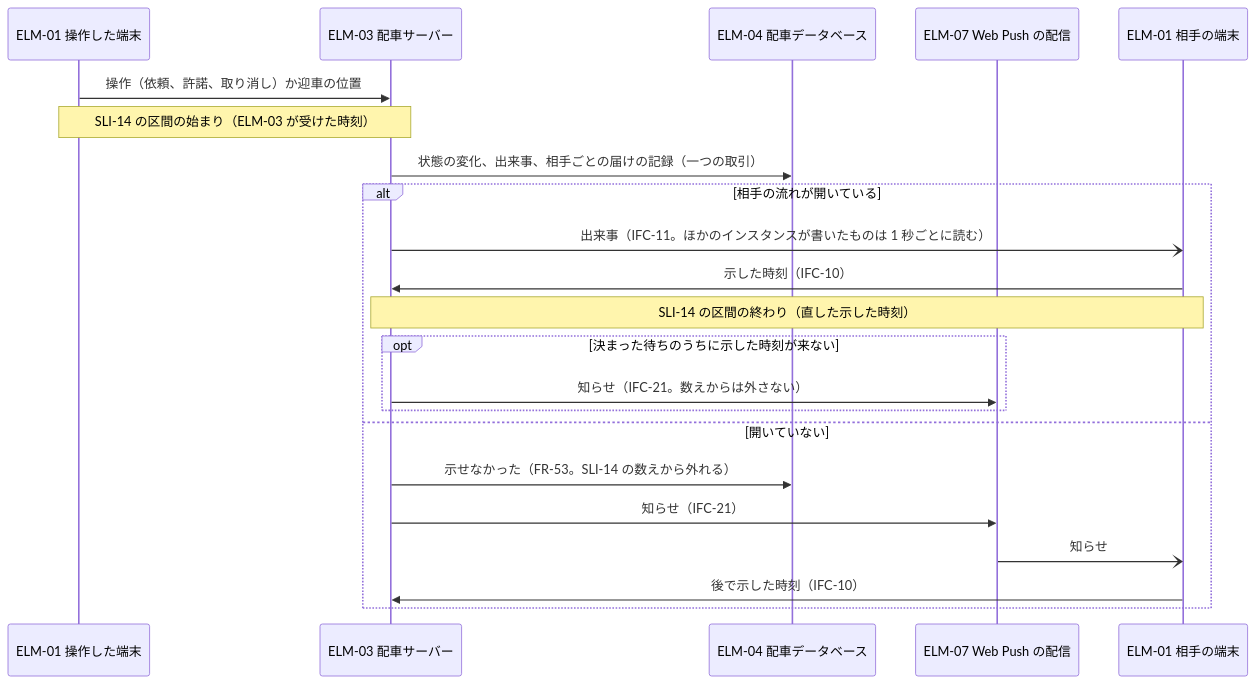
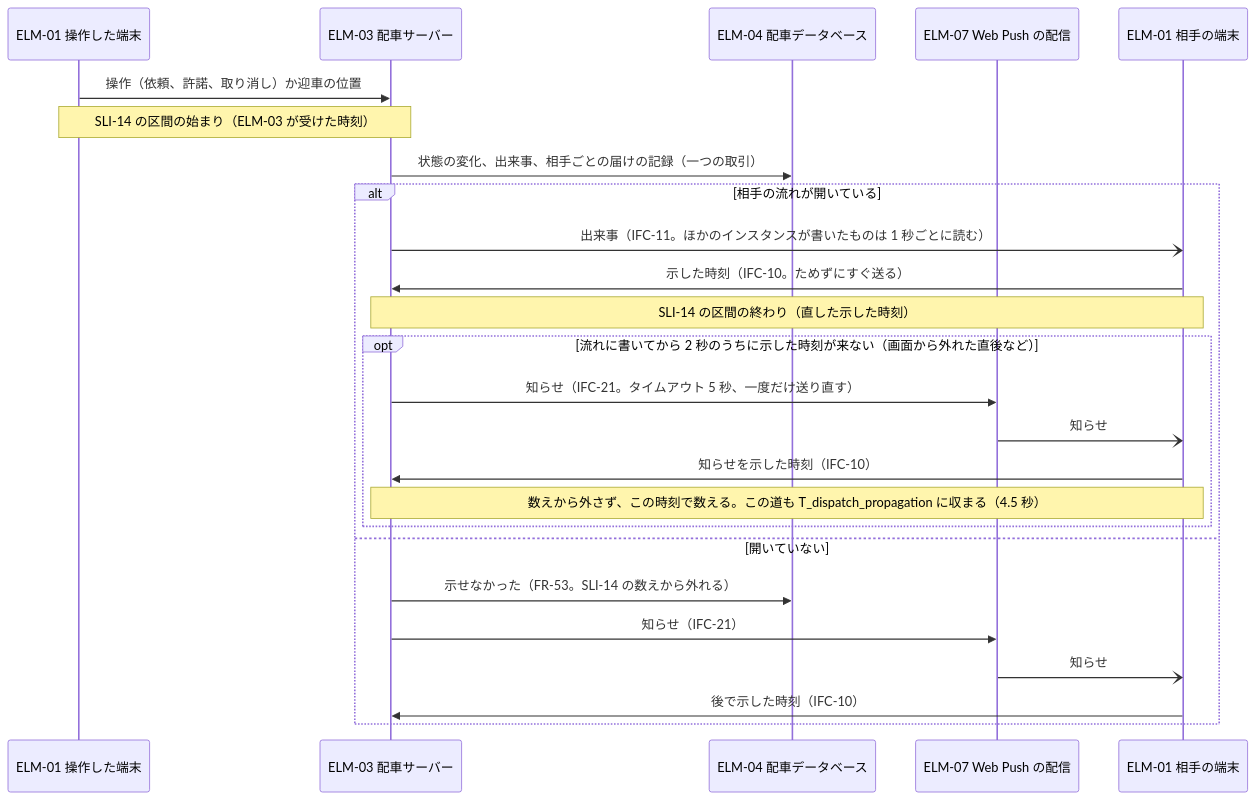
Diagram 26 of 57 in docs/design/3-high-level-design.md (Taro000/ride-hailing-app-demo), drawn with Mermaid before and after one commit. The commit also changed other lines of this file and 51 other files, not shown here.

````diff
--- a/docs/design/3-high-level-design.md
+++ b/docs/design/3-high-level-design.md
@@ -829,24 +944,27 @@
 ```mermaid
 sequenceDiagram
   participant A as ELM-01 操作した端末
   participant S as ELM-03 配車サーバー
   participant DB as ELM-04 配車データベース
   participant WP as ELM-07 Web Push の配信
   participant B as ELM-01 相手の端末
   A->>S: 操作（依頼、許諾、取り消し）か迎車の位置
   Note over A,S: SLI-14 の区間の始まり（ELM-03 が受けた時刻）
   S->>DB: 状態の変化、出来事、相手ごとの届けの記録（一つの取引）
   alt 相手の流れが開いている
     S-)B: 出来事（IFC-11。ほかのインスタンスが書いたものは 1 秒ごとに読む）
-    B->>S: 示した時刻（IFC-10）
+    B->>S: 示した時刻（IFC-10。ためずにすぐ送る）
     Note over B,S: SLI-14 の区間の終わり（直した示した時刻）
-    opt 決まった待ちのうちに示した時刻が来ない
-      S->>WP: 知らせ（IFC-21。数えからは外さない）
+    opt 流れに書いてから 2 秒のうちに示した時刻が来ない（画面から外れた直後など）
+      S->>WP: 知らせ（IFC-21。タイムアウト 5 秒、一度だけ送り直す）
+      WP-)B: 知らせ
+      B->>S: 知らせを示した時刻（IFC-10）
+      Note over B,S: 数えから外さず、この時刻で数える。この道も T_dispatch_propagation に収まる（4.5 秒）
     end
   else 開いていない
     S->>DB: 示せなかった（FR-53。SLI-14 の数えから外れる）
     S->>WP: 知らせ（IFC-21）
     WP-)B: 知らせ
     B->>S: 後で示した時刻（IFC-10）
   end
 ```
````
